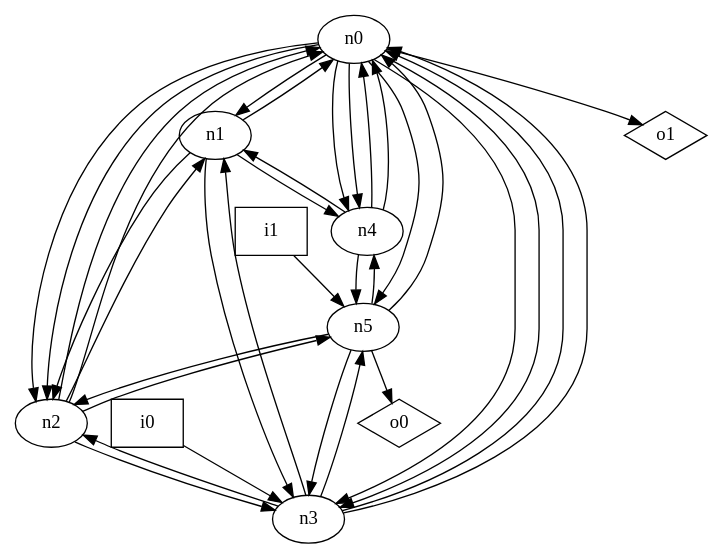
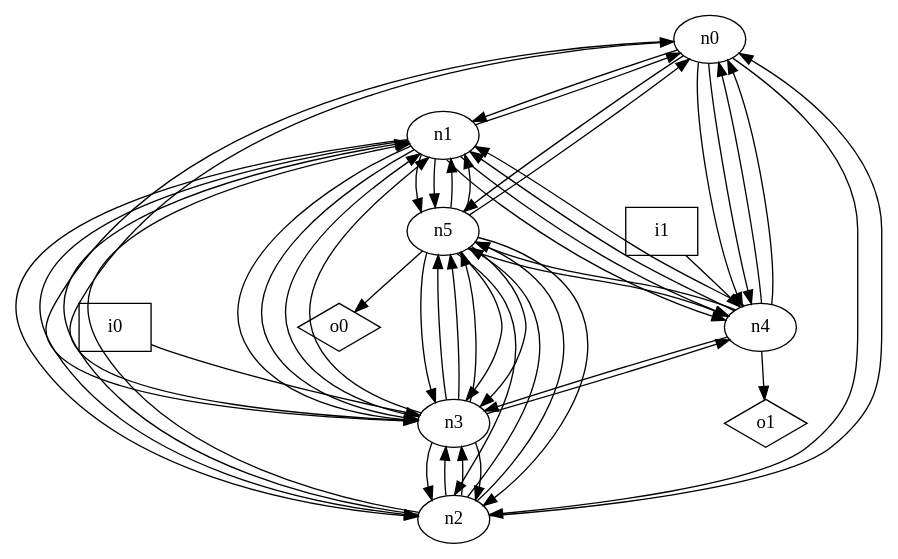
The diagram in dot_files/random/random_undirected_loop_free_graph.dot (p9romain/bool-circuits), drawn with Graphviz before and after one commit. The commit also changed 30 other files, not shown here.

```diff
--- a/dot_files/random/random_undirected_loop_free_graph.dot
+++ b/dot_files/random/random_undirected_loop_free_graph.dot
@@ -1,46 +1,62 @@
 digraph G {
 n0 [label="n0"];
 n1 [label="n1"];
 n2 [label="n2"];
 n3 [label="n3"];
 n4 [label="n4"];
 n5 [label="n5"];
 n6 [label="i0",shape="box"];
 n7 [label="i1",shape="box"];
 n8 [label="o0",shape="diamond"];
 n9 [label="o1",shape="diamond"];
 n0 -> n1
 n0 -> n2
-n0 -> n2
-n0 -> n3
 n0 -> n3
 n0 -> n4
 n0 -> n4
 n0 -> n5
-n0 -> n9
 n1 -> n0
 n1 -> n2
+n1 -> n2
+n1 -> n3
 n1 -> n3
 n1 -> n4
-n2 -> n0
+n1 -> n4
+n1 -> n5
+n1 -> n5
 n2 -> n0
 n2 -> n1
+n2 -> n1
+n2 -> n3
 n2 -> n3
 n2 -> n5
-n3 -> n0
+n2 -> n5
 n3 -> n0
 n3 -> n1
+n3 -> n1
 n3 -> n2
+n3 -> n2
+n3 -> n4
+n3 -> n5
+n3 -> n5
 n3 -> n5
 n4 -> n0
 n4 -> n0
 n4 -> n1
+n4 -> n1
+n4 -> n3
 n4 -> n5
+n4 -> n9
 n5 -> n0
+n5 -> n1
+n5 -> n1
 n5 -> n2
+n5 -> n2
+n5 -> n3
+n5 -> n3
 n5 -> n3
 n5 -> n4
 n5 -> n8
 n6 -> n3
-n7 -> n5
+n7 -> n4
 }
```
